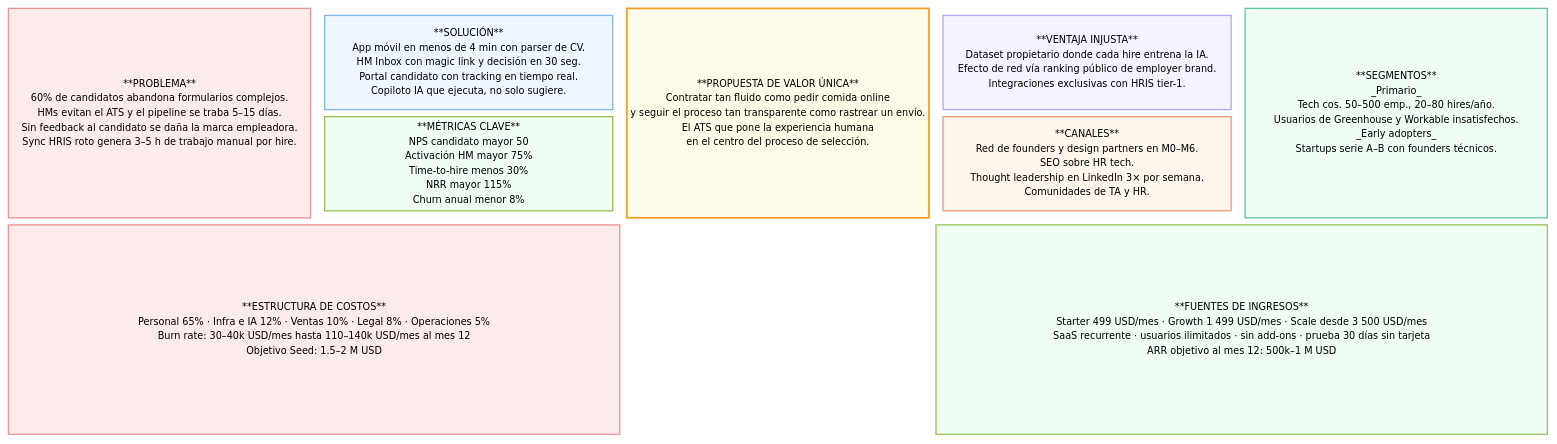
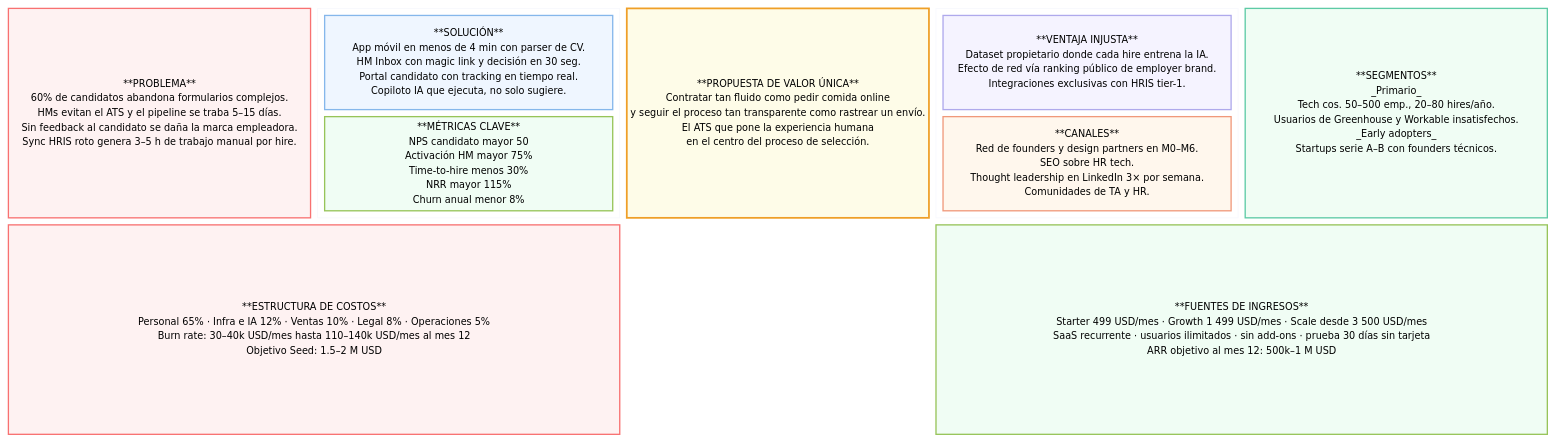
The first of 13 diagrams in LTI-CV/LTI-CVE.md (cvergaramob/AI4Devs-design-1-2604), drawn with Mermaid before and after one commit. The commit also changed other lines of this file and 1 other file, not shown here.

````diff
--- a/LTI-CV/LTI-CVE.md
+++ b/LTI-CV/LTI-CVE.md
@@ -319,14 +319,14 @@
   SaaS recurrente · usuarios ilimitados · sin add-ons · prueba 30 días sin tarjeta
   ARR objetivo al mes 12: 500k–1 M USD"]:2
 
-  style P     fill:#FCEBEB,stroke:#F09595,stroke-width:1.5px,color:#7F1D1D
+  style P     fill:#fef2f2,stroke:#f87171,stroke-width:1.5px,color:#7f1d1d
   style S     fill:#EFF6FF,stroke:#85B7EB,stroke-width:1.5px,color:#1E3A5F
   style M     fill:#F0FDF4,stroke:#97C459,stroke-width:1.5px,color:#14532D
   style U     fill:#FEFCE8,stroke:#EF9F27,stroke-width:2px,color:#451A03
   style V     fill:#F5F3FF,stroke:#AFA9EC,stroke-width:1.5px,color:#2E1065
   style C     fill:#FFF7ED,stroke:#F0997B,stroke-width:1.5px,color:#7C2D12
   style G     fill:#F0FDF4,stroke:#5DCAA5,stroke-width:1.5px,color:#064E3B
-  style COSTS fill:#FCEBEB,stroke:#F09595,stroke-width:1.5px,color:#7F1D1D
+  style COSTS fill:#fef2f2,stroke:#f87171,stroke-width:1.5px,color:#7f1d1d
   style REV   fill:#F0FDF4,stroke:#97C459,stroke-width:1.5px,color:#14532D
   style SP    fill:transparent,stroke:transparent
 ```
````
